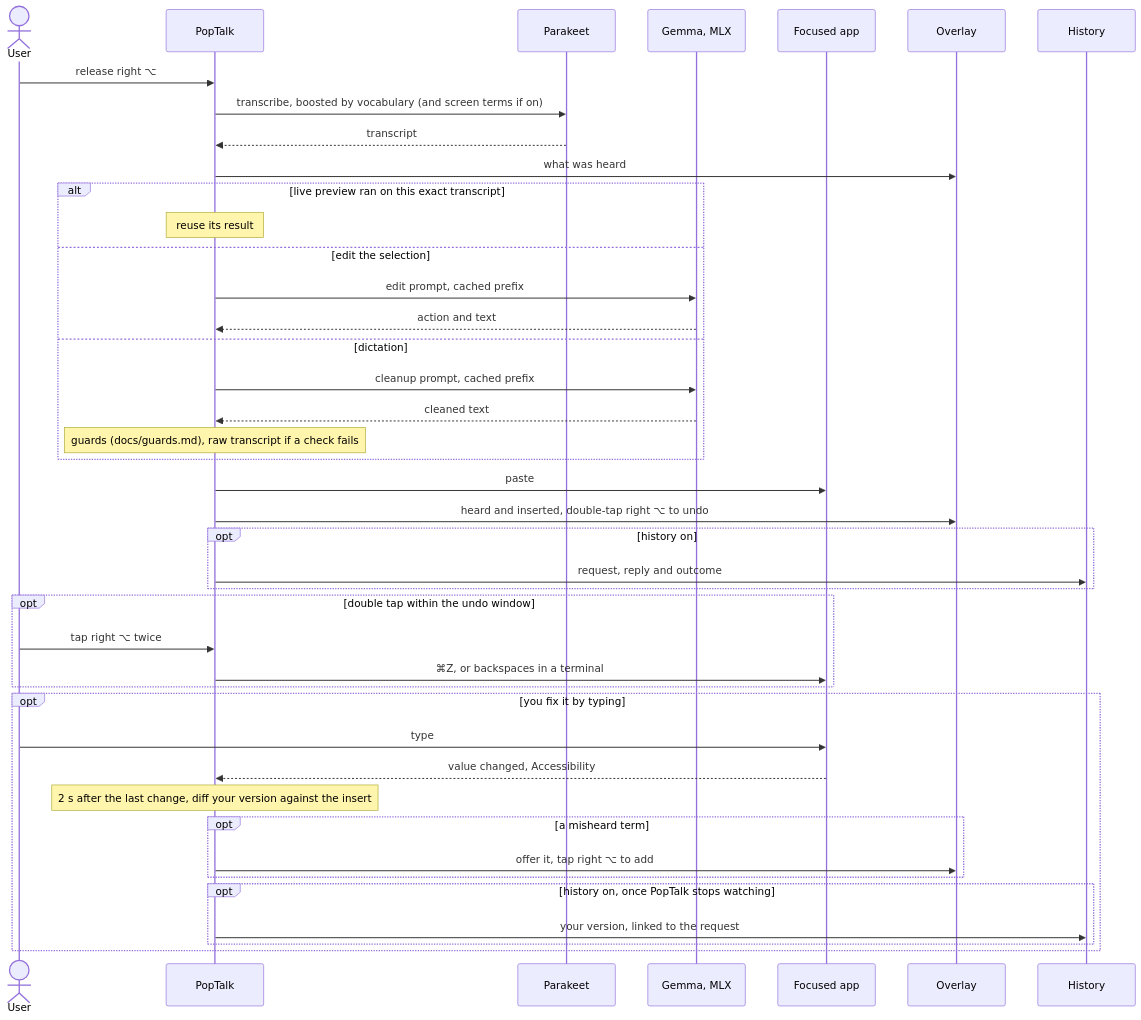
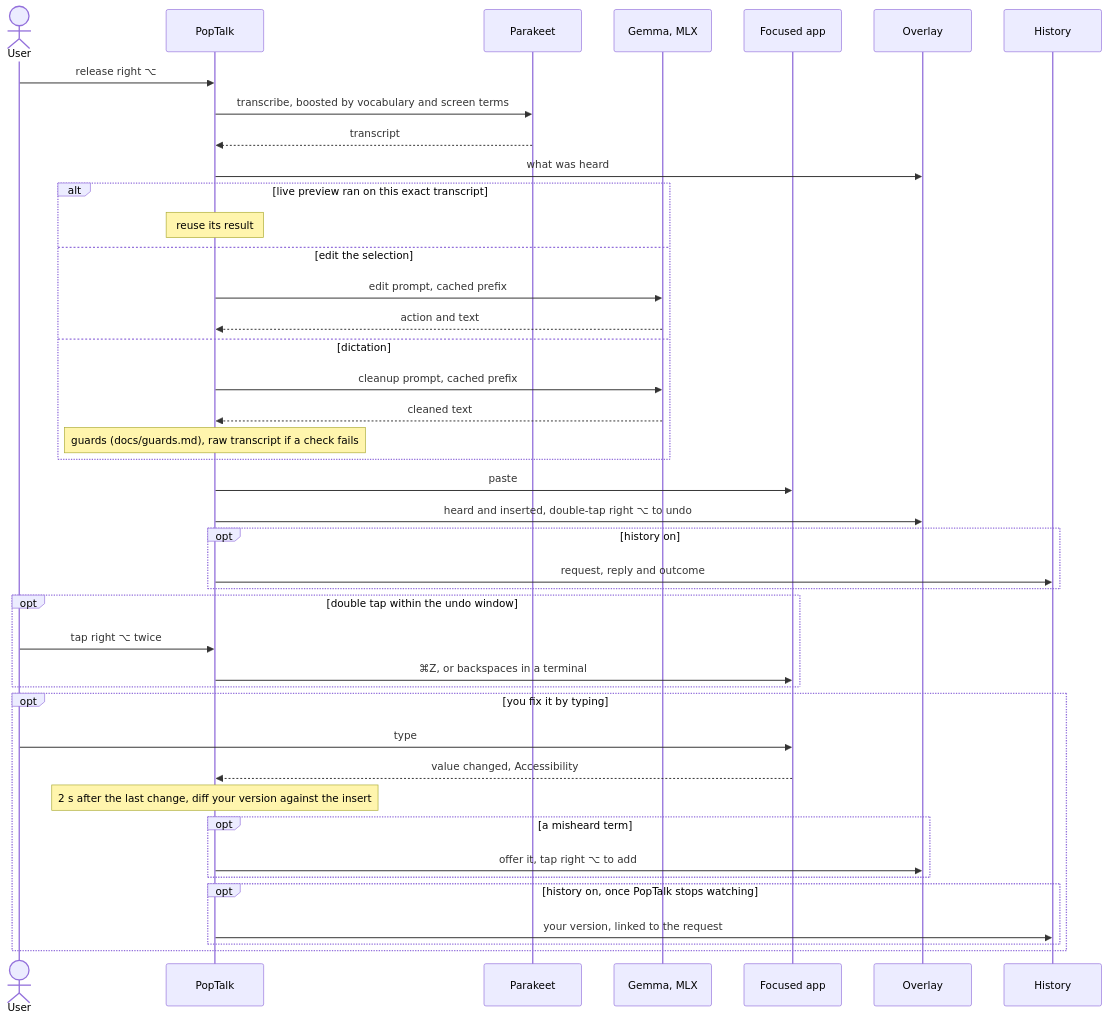
One commit to thirteen37/PopTalk changed the fourth of 4 diagrams in docs/how-it-works.md. Above: the diagram before and after it, drawn with Mermaid. The commit also changed other lines of this file and 10 other files, not shown here.

First line of the commit message:
fix(boost): dictionary-word terms can't swap real words; screen boosting on again (#132)

````diff
--- a/docs/how-it-works.md
+++ b/docs/how-it-works.md
@@ -139,45 +139,45 @@
 ```mermaid
 sequenceDiagram
     actor User
     participant App as PopTalk
     participant ASR as Parakeet
     participant LLM as Gemma, MLX
     participant Field as Focused app
     participant Overlay
     participant History
 
     User->>App: release right ⌥
-    App->>ASR: transcribe, boosted by vocabulary (and screen terms if on)
+    App->>ASR: transcribe, boosted by vocabulary and screen terms
     ASR-->>App: transcript
     App->>Overlay: what was heard
     alt live preview ran on this exact transcript
         Note over App: reuse its result
     else edit the selection
         App->>LLM: edit prompt, cached prefix
         LLM-->>App: action and text
     else dictation
         App->>LLM: cleanup prompt, cached prefix
         LLM-->>App: cleaned text
         Note over App: guards (docs/guards.md), raw transcript if a check fails
     end
     App->>Field: paste
     App->>Overlay: heard and inserted, double-tap right ⌥ to undo
     opt history on
         App->>History: request, reply and outcome
     end
     opt double tap within the undo window
         User->>App: tap right ⌥ twice
         App->>Field: ⌘Z, or backspaces in a terminal
     end
     opt you fix it by typing
         User->>Field: type
         Field-->>App: value changed, Accessibility
         Note over App: 2 s after the last change, diff your version against the insert
         opt a misheard term
             App->>Overlay: offer it, tap right ⌥ to add
         end
         opt history on, once PopTalk stops watching
             App->>History: your version, linked to the request
         end
     end
 ```
````
